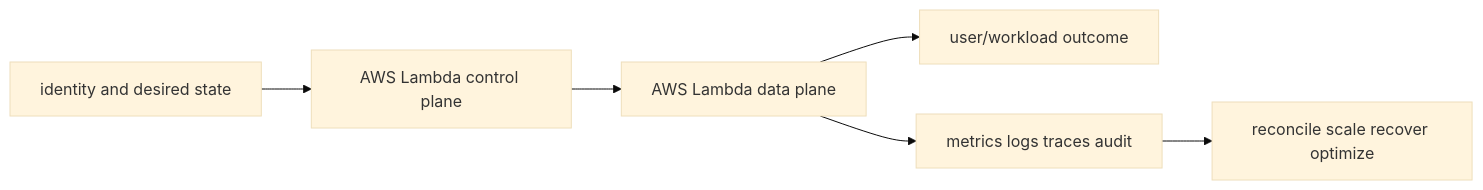
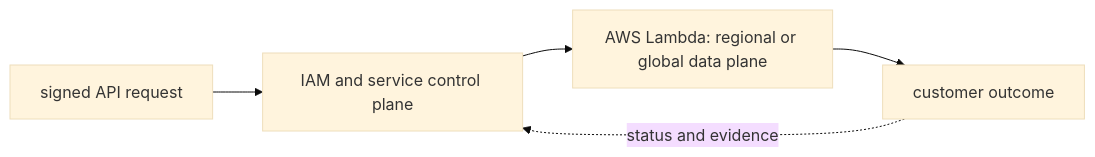
One commit to tomkidumbuyo/DevOps-interview-preparation changed the diagram in 07-aws/08-messaging-serverless/05-lambda/README.md. Above: the diagram before and after it, drawn with Mermaid (base theme). The commit also changed other lines of this file and 753 other files, not shown here.

````diff
--- a/07-aws/08-messaging-serverless/05-lambda/README.md
+++ b/07-aws/08-messaging-serverless/05-lambda/README.md
@@ -19,8 +31,7 @@
 ```mermaid
 flowchart LR
-  I[identity and desired state] --> C[AWS Lambda control plane]
-  C --> D[AWS Lambda data plane]
-  D --> U[user/workload outcome]
-  D --> O[metrics logs traces audit]
-  O --> R[reconcile scale recover optimize]
+  A["signed API request"] --> B["IAM and service control plane"]
+  B --> C["AWS Lambda: regional or global data plane"]
+  C --> D["customer outcome"]
+  D -. "status and evidence" .-> B
 ```
````
